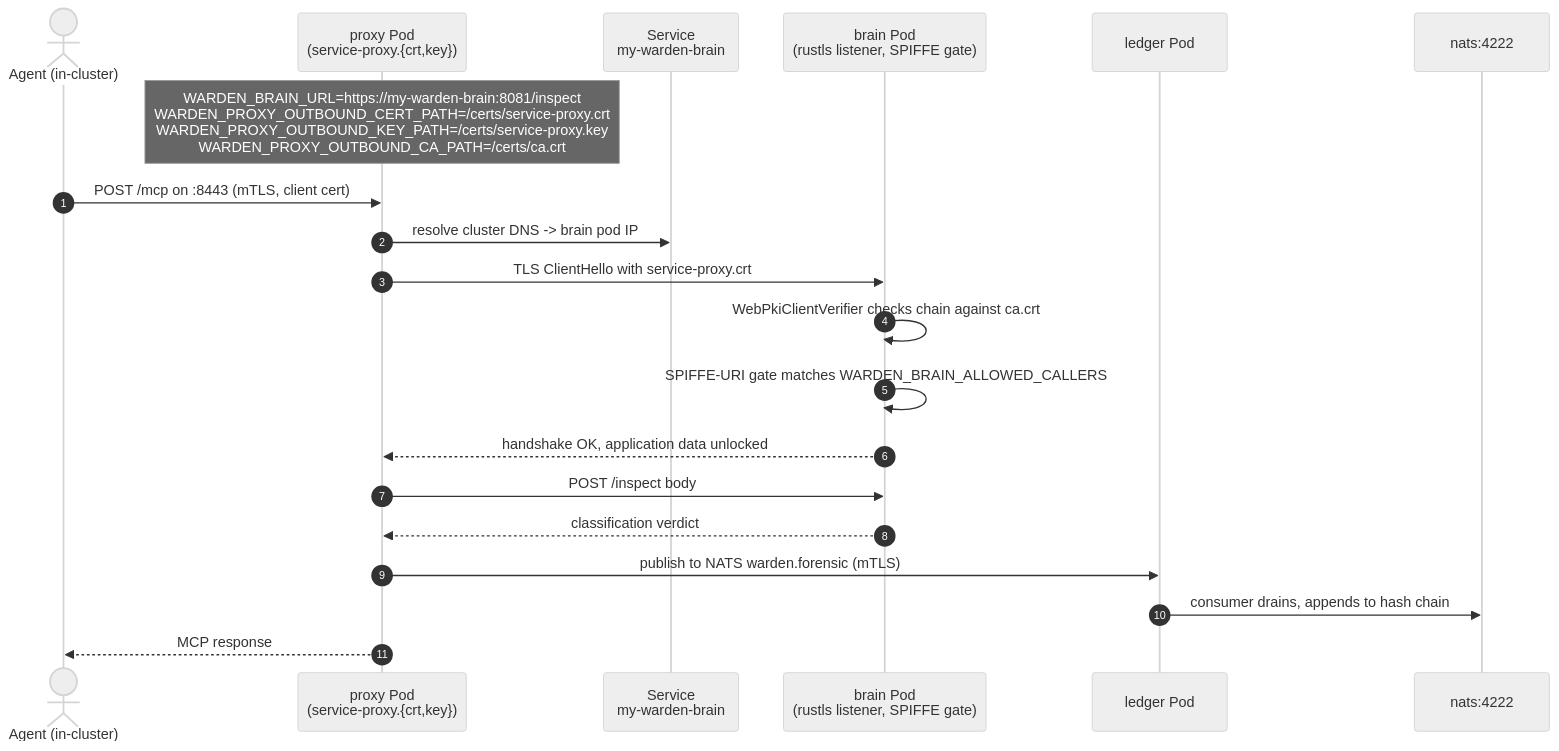
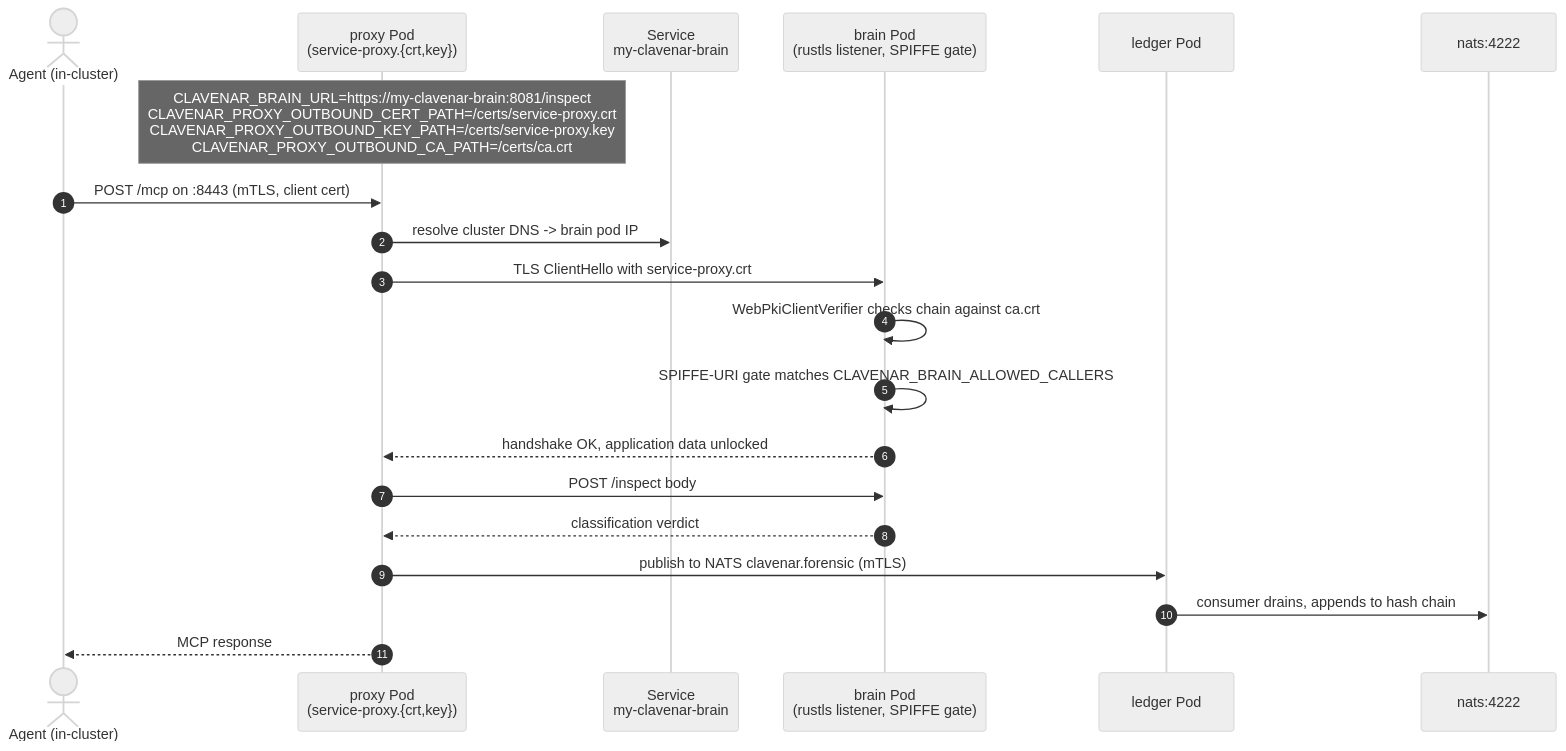
The third of 7 diagrams in docs/SEQUENCES.md (clavenar/clavenar-charts), drawn with Mermaid (neutral theme) before and after one commit. The commit also changed other lines of this file and 40 other files, not shown here.

First line of the commit message:
rename product Agent Warden → Clavenar

````diff
--- a/docs/SEQUENCES.md
+++ b/docs/SEQUENCES.md
@@ -98,24 +98,24 @@
 ```mermaid
 sequenceDiagram
     autonumber
     actor Agent as Agent (in-cluster)
     participant Proxy as proxy Pod<br/>(service-proxy.{crt,key})
-    participant Svc as Service<br/>my-warden-brain
+    participant Svc as Service<br/>my-clavenar-brain
     participant Brain as brain Pod<br/>(rustls listener, SPIFFE gate)
     participant Ledger as ledger Pod
     participant NATS as nats:4222
 
-    Note over Proxy: WARDEN_BRAIN_URL=https://my-warden-brain:8081/inspect<br/>WARDEN_PROXY_OUTBOUND_CERT_PATH=/certs/service-proxy.crt<br/>WARDEN_PROXY_OUTBOUND_KEY_PATH=/certs/service-proxy.key<br/>WARDEN_PROXY_OUTBOUND_CA_PATH=/certs/ca.crt
+    Note over Proxy: CLAVENAR_BRAIN_URL=https://my-clavenar-brain:8081/inspect<br/>CLAVENAR_PROXY_OUTBOUND_CERT_PATH=/certs/service-proxy.crt<br/>CLAVENAR_PROXY_OUTBOUND_KEY_PATH=/certs/service-proxy.key<br/>CLAVENAR_PROXY_OUTBOUND_CA_PATH=/certs/ca.crt
 
     Agent->>Proxy: POST /mcp on :8443 (mTLS, client cert)
     Proxy->>Svc: resolve cluster DNS -> brain pod IP
     Proxy->>Brain: TLS ClientHello with service-proxy.crt
     Brain->>Brain: WebPkiClientVerifier checks chain against ca.crt
-    Brain->>Brain: SPIFFE-URI gate matches WARDEN_BRAIN_ALLOWED_CALLERS
+    Brain->>Brain: SPIFFE-URI gate matches CLAVENAR_BRAIN_ALLOWED_CALLERS
     Brain-->>Proxy: handshake OK, application data unlocked
     Proxy->>Brain: POST /inspect body
     Brain-->>Proxy: classification verdict
-    Proxy->>Ledger: publish to NATS warden.forensic (mTLS)
+    Proxy->>Ledger: publish to NATS clavenar.forensic (mTLS)
     Ledger->>NATS: consumer drains, appends to hash chain
     Proxy-->>Agent: MCP response
 ```
````
